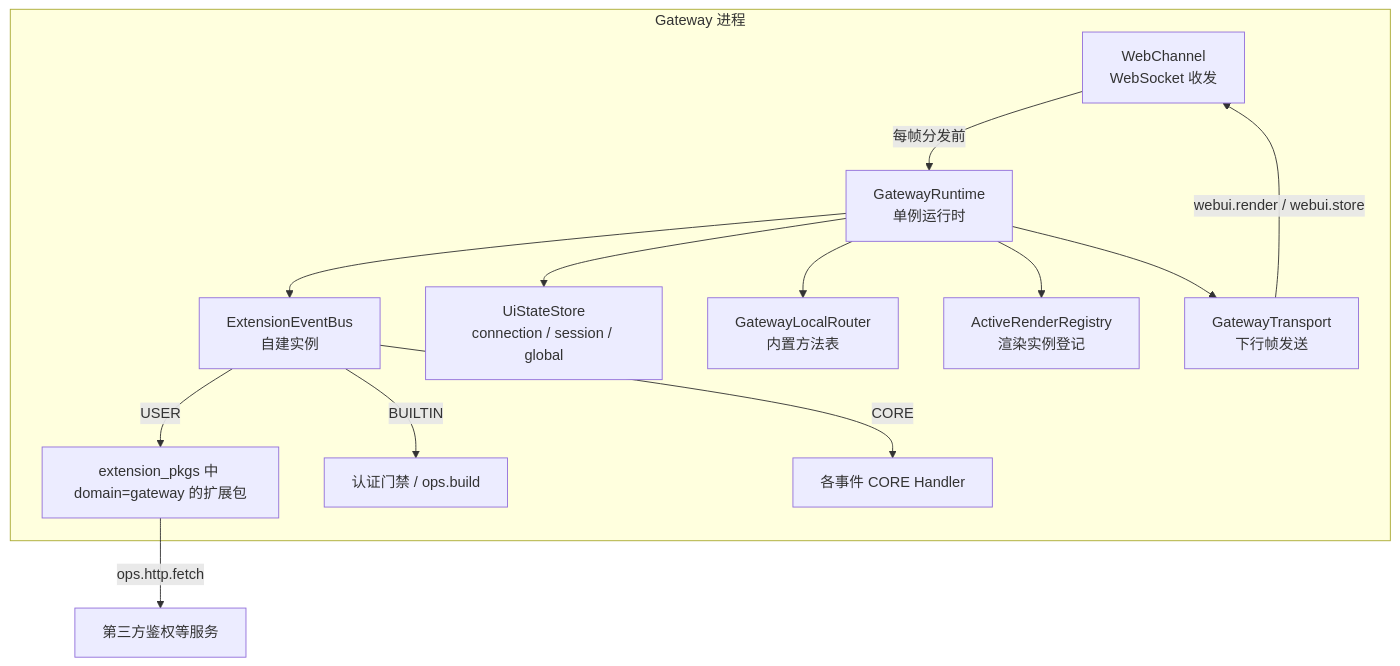
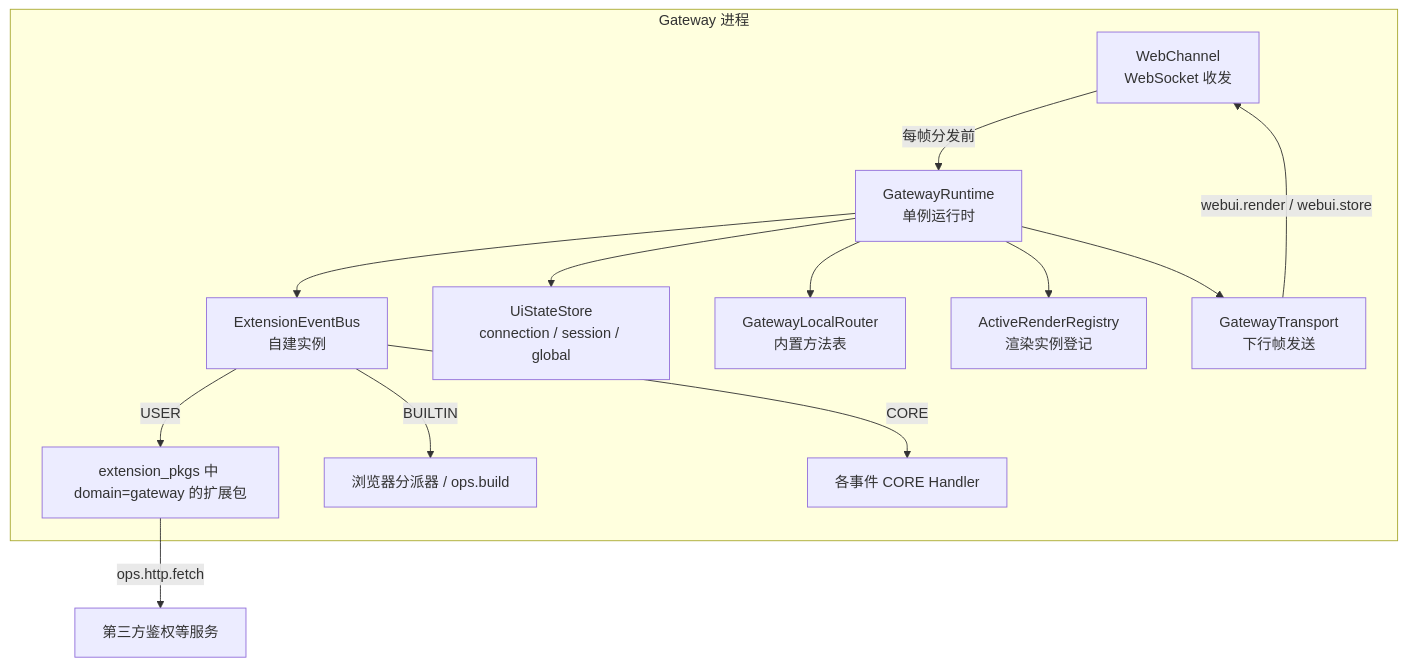
Before and after one commit to openJiuwen-ai/jiuwenswarm: the first of 2 diagrams in jiuwenswarm/gateway/extensions_v2/docs/designs/extensions-v2-overview.md, drawn with Mermaid. The commit also changed other lines of this file and 25 other files, not shown here.

Commit message:
refactor(gateway): remove legacy builtin authentication gate

````diff
--- a/jiuwenswarm/gateway/extensions_v2/docs/designs/extensions-v2-overview.md
+++ b/jiuwenswarm/gateway/extensions_v2/docs/designs/extensions-v2-overview.md
@@ -63,16 +63,16 @@
 ```mermaid
 flowchart TB
     subgraph GW["Gateway 进程"]
         WS["WebChannel<br/>WebSocket 收发"] -->|"每帧分发前"| RT["GatewayRuntime<br/>单例运行时"]
         RT --> BUS["ExtensionEventBus<br/>自建实例"]
         RT --> STORE["UiStateStore<br/>connection / session / global"]
         RT --> ROUTER["GatewayLocalRouter<br/>内置方法表"]
         RT --> REG["ActiveRenderRegistry<br/>渲染实例登记"]
         RT --> TR["GatewayTransport<br/>下行帧发送"]
         BUS -->|"USER"| PKG["extension_pkgs 中 domain=gateway 的扩展包"]
-        BUS -->|"BUILTIN"| GATE["认证门禁 / ops.build"]
+        BUS -->|"BUILTIN"| BUILTIN["浏览器分派器 / ops.build"]
         BUS -->|"CORE"| CORE["各事件 CORE Handler"]
         TR -->|"webui.render / webui.store"| WS
     end
     PKG -->|"ops.http.fetch"| EXT["第三方鉴权等服务"]
 ```
````
